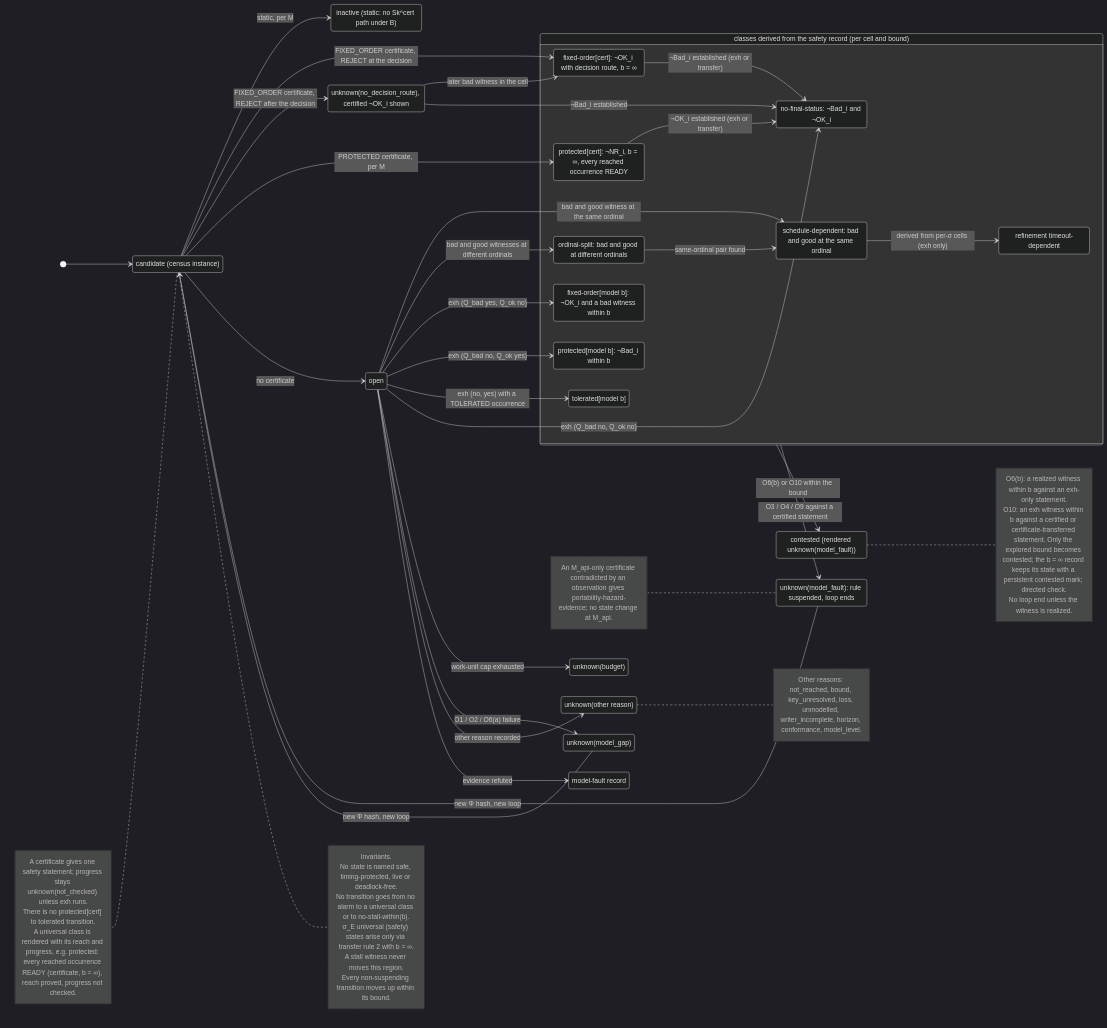
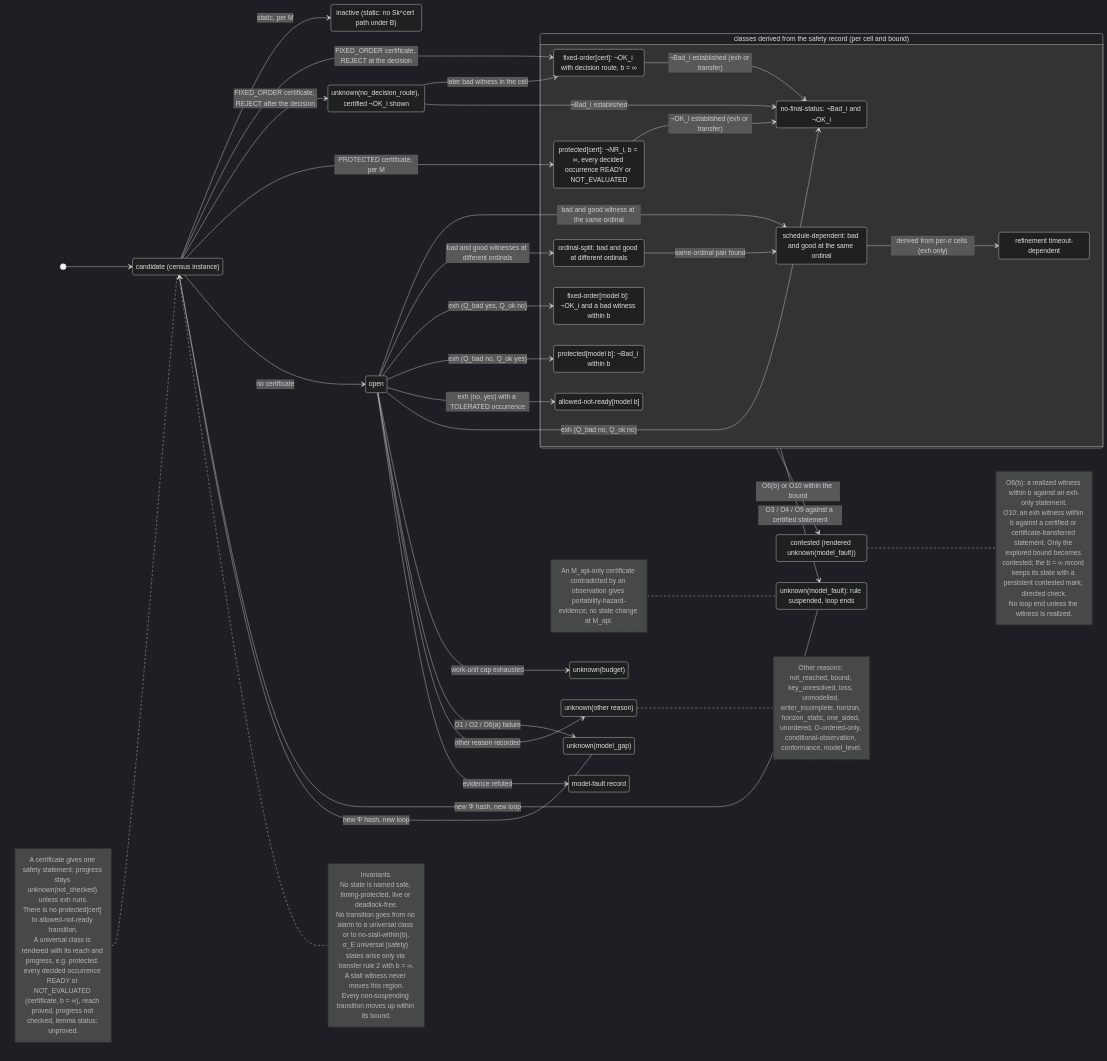
The fourth of 7 diagrams in research/cfs_procrace/Architecture/03_workflow.md (wookjaeya/Shape-Perf), drawn with Mermaid (dark theme) before and after one commit. The commit also changed other lines of this file and 309 other files, not shown here.

First line of the commit message:
WIP: SPEC rev 1.2 (decisions of 2026-10-15, T1 rename, CORD citations removed), first mirrors, plan documents, Kairos K0-K2 code and S1-R2 smoke-run records

````diff
--- a/research/cfs_procrace/Architecture/03_workflow.md
+++ b/research/cfs_procrace/Architecture/03_workflow.md
@@ -724,7 +730,7 @@
 ```mermaid
 stateDiagram-v2
     direction LR
-    %% D6 overview - class region of the verdict state machine for one (σ, M) cell and bound. Source: spec §12 D6 (rev 1.1); §1.10, §4.12, §4.14.
+    %% D6 overview - class region of the verdict state machine for one (σ, M) cell and bound. Source: spec §12 D6 (rev 1.2); §1.10, §4.12, §4.14.
     %% The class is a safety classification, a function of the safety record (¬Bad_i, ¬OK_i, ¬NR_i, witnesses with ordinals).
     %% Parallel regions (evidence, naturalness, provider, reach, scope, progress, trust ledger): D6_verdict_axes.mmd.
 
@@ -740,10 +746,10 @@
     state "model-fault record" as mfr
 
     state "classes derived from the safety record (per cell and bound)" as classes {
-        state "protected[cert]: ¬NR_i, b = ∞, every reached occurrence READY" as protCert
+        state "protected[cert]: ¬NR_i, b = ∞, every decided occurrence READY or NOT_EVALUATED" as protCert
         state "fixed-order[cert]: ¬OK_i with decision route, b = ∞" as fixCert
         state "protected[model b]: ¬Bad_i within b" as protModel
-        state "tolerated[model b]" as tolModel
+        state "allowed-not-ready[model b]" as tolModel
         state "fixed-order[model b]: ¬OK_i and a bad witness within b" as fixModel
         state "no-final-status: ¬Bad_i and ¬OK_i" as nfs
         state "ordinal-split: bad and good at different ordinals" as ordSplit
@@ -789,8 +795,8 @@
 
     note left of candidate
         A certificate gives one safety statement; progress stays unknown(not_checked) unless exh runs.
-        There is no protected[cert] to tolerated transition.
-        A universal class is rendered with its reach and progress, e.g. protected: every reached occurrence READY (certificate, b = ∞), reach proved, progress not checked.
+        There is no protected[cert] to allowed-not-ready transition.
+        A universal class is rendered with its reach and progress, e.g. protected: every decided occurrence READY or NOT_EVALUATED (certificate, b = ∞), reach proved, progress not checked, lemma status: unproved.
     end note
 
     note right of contested
@@ -804,6 +810,6 @@
     end note
 
     note right of unkOther
-        Other reasons: not_reached, bound, key_unresolved, loss, unmodelled, writer_incomplete, horizon, conformance, model_level.
+        Other reasons: not_reached, bound, key_unresolved, loss, unmodelled, writer_incomplete, horizon, horizon_static, one_sided, unordered, O-ordered-only, conditional-observation, conformance, model_level.
     end note
 ```
````
